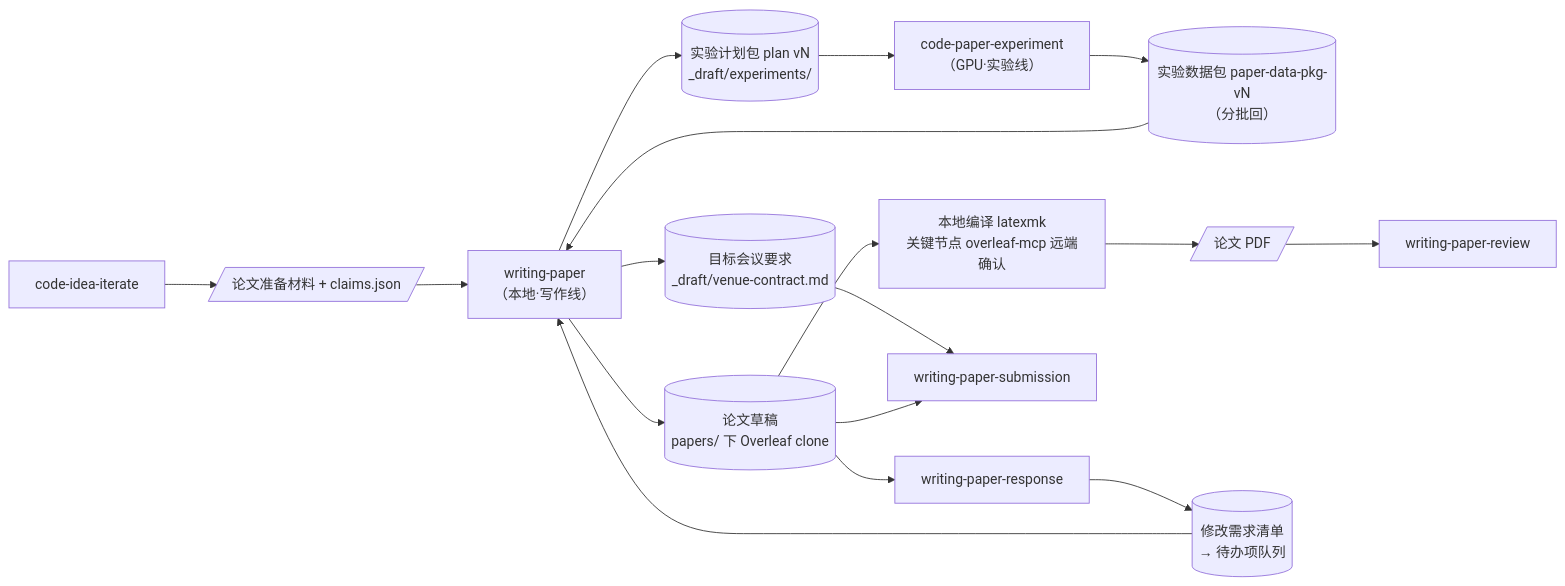
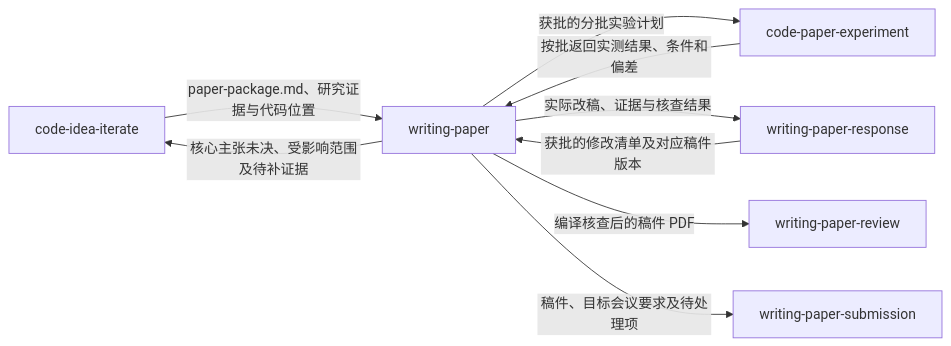
One commit to jackwang0108/dl-assistant changed the first of 2 diagrams in plugins/dl-assistant/skills/writing-paper/SKILL.md. Above: the diagram before and after it, drawn with Mermaid. The commit also changed other lines of this file and 28 other files, not shown here.

Commit message:
Align paper writing and experiment handoffs

````diff
--- a/plugins/dl-assistant/skills/writing-paper/SKILL.md
+++ b/plugins/dl-assistant/skills/writing-paper/SKILL.md
@@ -36,19 +14,11 @@
 ```mermaid
 flowchart LR
-    IT["code-idea-iterate"] --> PKG[/论文准备材料 + claims.json/]
-    PKG --> WP["writing-paper<br/>（本地·写作线）"]
-    WP --> EPLAN[("实验计划包 plan vN<br/>_draft/experiments/")]
-    EPLAN --> CPE["code-paper-experiment<br/>（GPU·实验线）"]
-    CPE --> EDATA[("实验数据包 paper-data-pkg-vN<br/>（分批回）")]
-    EDATA --> WP
-    WP --> DRAFT[("论文草稿<br/>papers/ 下 Overleaf clone")]
-    DRAFT --> OVL["本地编译 latexmk<br/>关键节点 overleaf-mcp 远端确认"]
-    OVL --> PDF[/论文 PDF/]
-    PDF --> WREV["writing-paper-review"]
-    DRAFT --> WRESP["writing-paper-response"]
-    WRESP --> REVLIST[("修改需求清单<br/>→ 待办项队列")]
-    REVLIST --> WP
-    WP --> VC[("目标会议要求<br/>_draft/venue-contract.md")]
-    VC --> WPSUB["writing-paper-submission"]
-    DRAFT --> WPSUB
+    IT["code-idea-iterate"] -->|"paper-package.md、研究证据与代码位置"| WP["writing-paper"]
+    WP -->|"核心主张未决、受影响范围及待补证据"| IT
+    WP -->|"获批的分批实验计划"| CPE["code-paper-experiment"]
+    CPE -->|"按批返回实测结果、条件和偏差"| WP
+    WRESP["writing-paper-response"] -->|"获批的修改清单及对应稿件版本"| WP
+    WP -->|"实际改稿、证据与核查结果"| WRESP
+    WP -->|"编译核查后的稿件 PDF"| WREV["writing-paper-review"]
+    WP -->|"稿件、目标会议要求及待处理项"| WPSUB["writing-paper-submission"]
 ```
````
